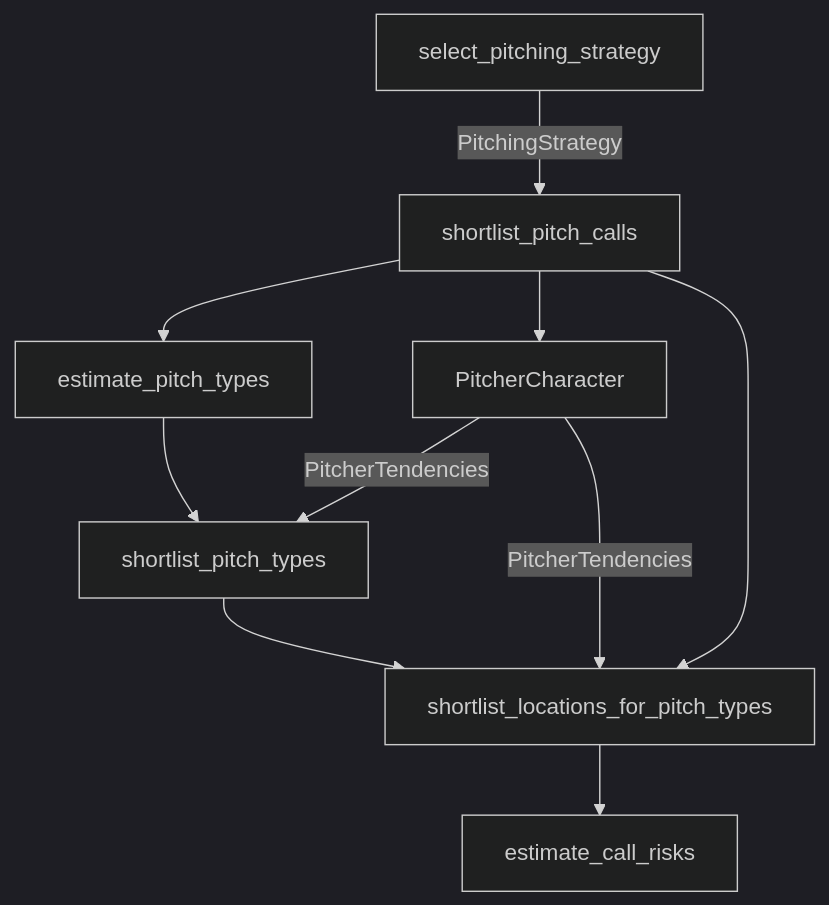
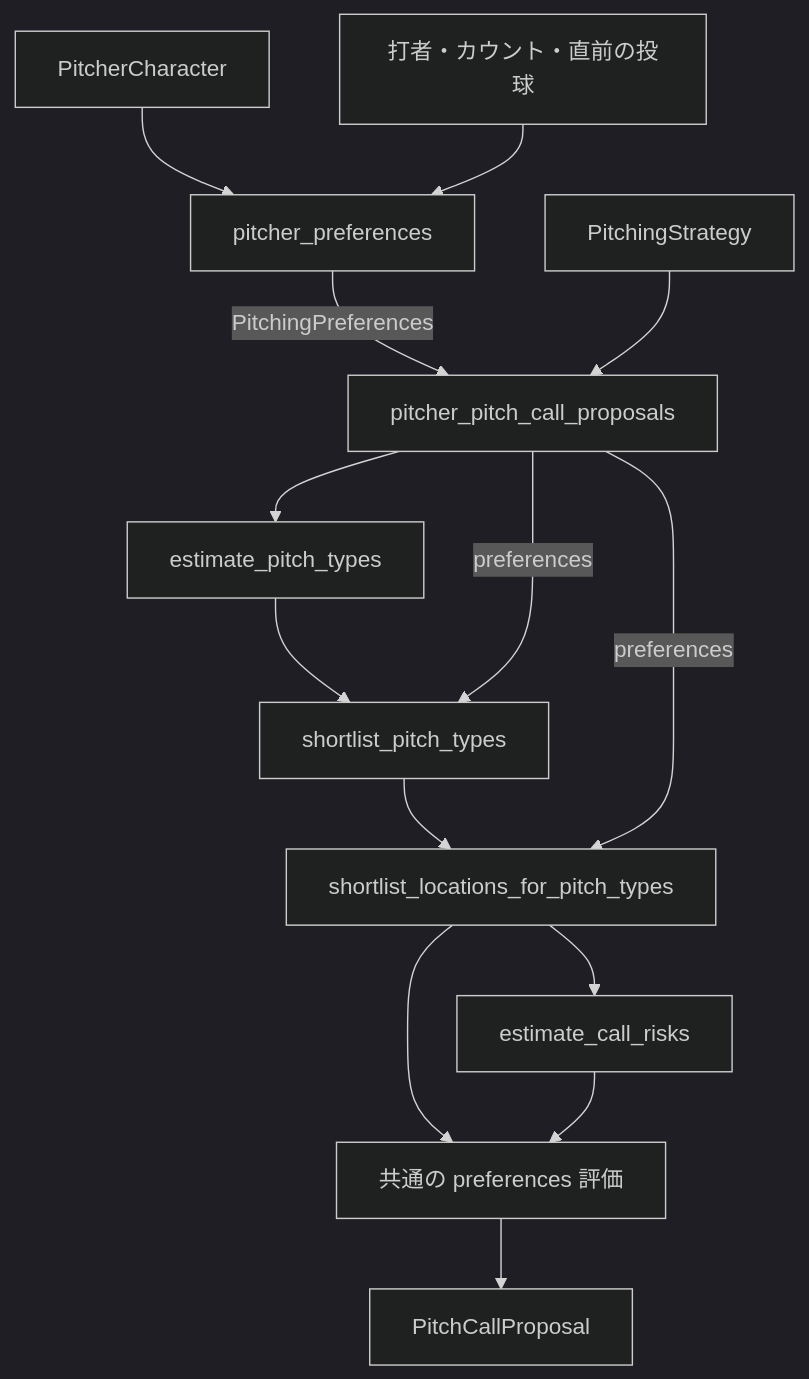
Before and after one commit to torafugu/saberbb: the diagram in docs/mmd/shortlist_pitch_calls.mmd, drawn with Mermaid (dark theme). The commit also changed 2 other files, not shown here.

Commit message:
Generate pitcher preferences before producing pitch call proposals

```diff
--- a/docs/mmd/shortlist_pitch_calls.mmd
+++ b/docs/mmd/shortlist_pitch_calls.mmd
@@ -1,10 +1,14 @@
 flowchart TD
-    select_pitching_strategy --> |PitchingStrategy|shortlist_pitch_calls
-    shortlist_pitch_calls --> PitcherCharacter
-    shortlist_pitch_types --> shortlist_locations_for_pitch_types
-    PitcherCharacter --> |PitcherTendencies|shortlist_locations_for_pitch_types
-    shortlist_pitch_calls --> estimate_pitch_types
-    estimate_pitch_types --> shortlist_pitch_types
-    PitcherCharacter --> |PitcherTendencies|shortlist_pitch_types
-    shortlist_pitch_calls --> shortlist_locations_for_pitch_types
-    shortlist_locations_for_pitch_types --> estimate_call_risks
+    Character[PitcherCharacter] --> Preferences[pitcher_preferences]
+    Context["打者・カウント・直前の投球"] --> Preferences
+    Preferences -->|PitchingPreferences| Proposals[pitcher_pitch_call_proposals]
+    Strategy[PitchingStrategy] --> Proposals
+    Proposals --> Estimates[estimate_pitch_types]
+    Estimates --> Types[shortlist_pitch_types]
+    Proposals -->|preferences| Types
+    Types --> Locations[shortlist_locations_for_pitch_types]
+    Proposals -->|preferences| Locations
+    Locations --> Risks[estimate_call_risks]
+    Locations --> Scoring["共通の preferences 評価"]
+    Risks --> Scoring
+    Scoring --> Result[PitchCallProposal]
```
